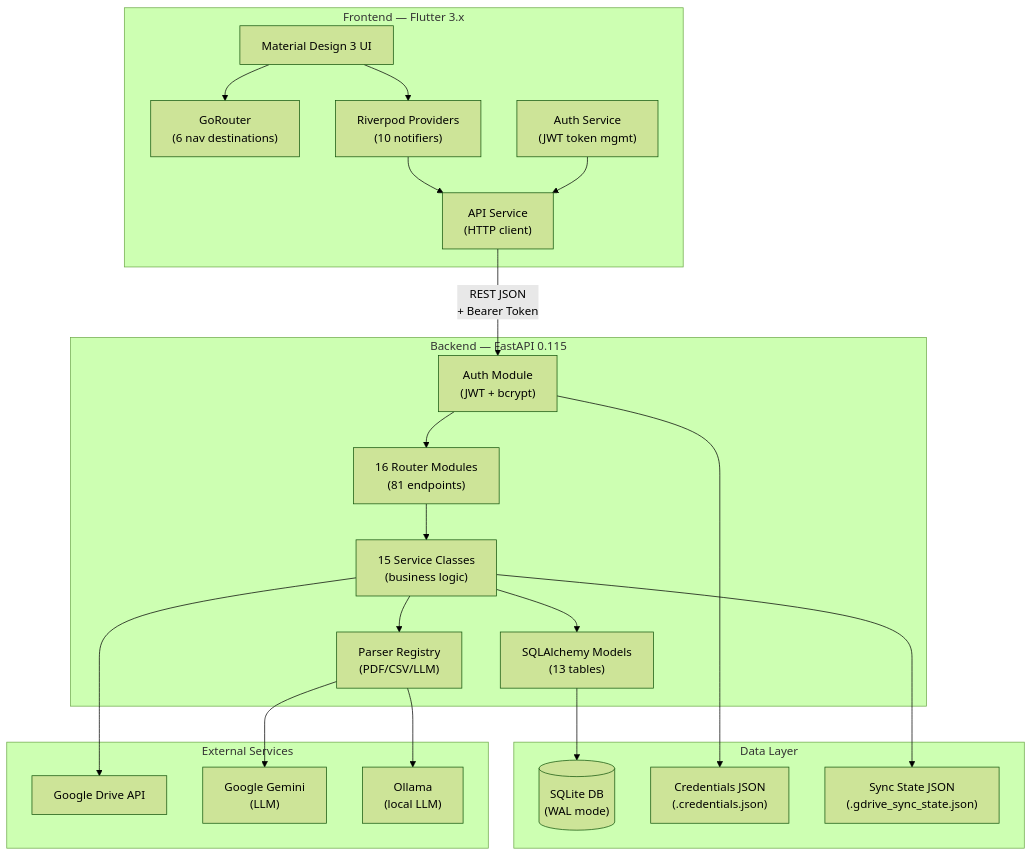
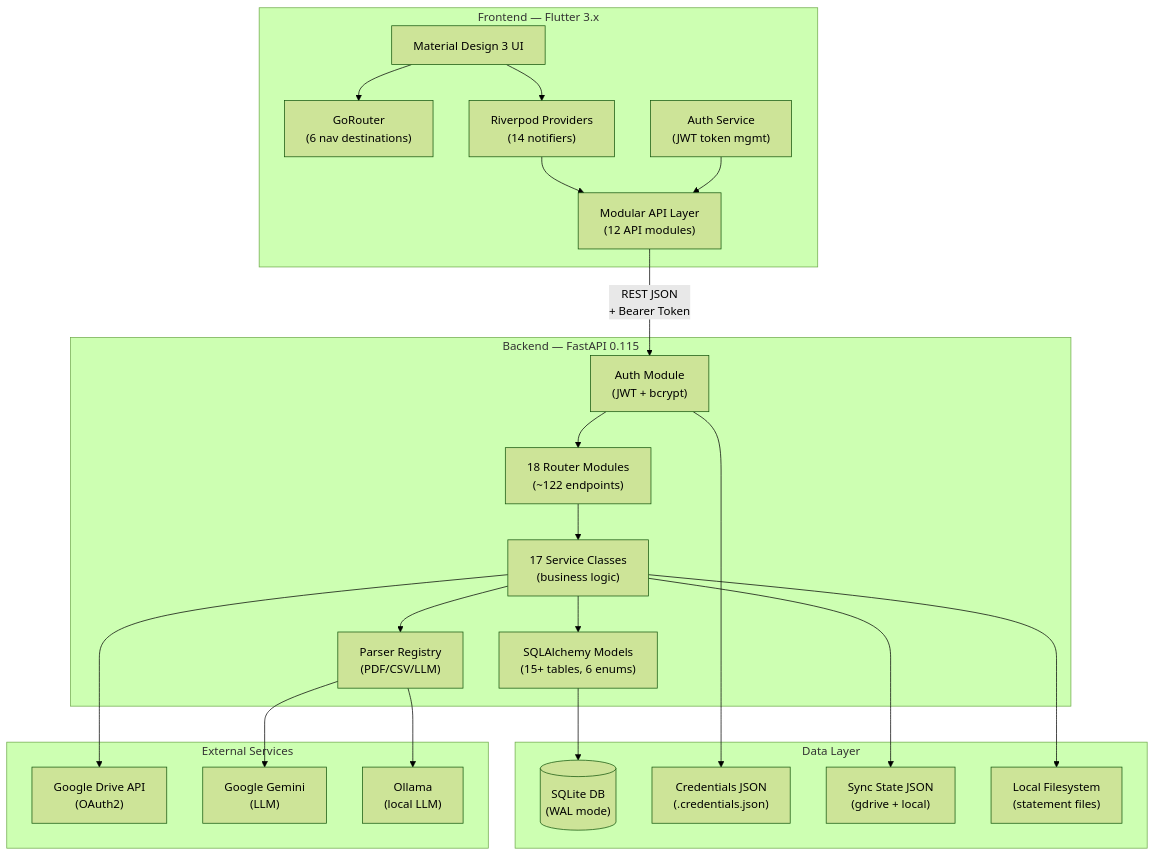
The first of 11 diagrams in docs/ARCHITECTURE.md (ghiridhars/finance-tracker-personal), drawn with Mermaid (forest theme) before and after one commit. The commit also changed other lines of this file and 7 other files, not shown here.

Commit message:
feat: implement OAuth2-based Google Drive sync, local filesystem sync, and a comprehensive database administration panel

````diff
--- a/docs/ARCHITECTURE.md
+++ b/docs/ARCHITECTURE.md
@@ -9,48 +9,50 @@
 ```mermaid
 graph TB
     subgraph Client["Frontend — Flutter 3.x"]
         UI["Material Design 3 UI"]
         Router["GoRouter<br/>(6 nav destinations)"]
-        Providers["Riverpod Providers<br/>(10 notifiers)"]
+        Providers["Riverpod Providers<br/>(14 notifiers)"]
         AuthSvc["Auth Service<br/>(JWT token mgmt)"]
-        ApiSvc["API Service<br/>(HTTP client)"]
+        ApiSvc["Modular API Layer<br/>(12 API modules)"]
 
         UI --> Router
         UI --> Providers
         Providers --> ApiSvc
         AuthSvc --> ApiSvc
     end
 
     subgraph Server["Backend — FastAPI 0.115"]
         Auth["Auth Module<br/>(JWT + bcrypt)"]
-        Routers["16 Router Modules<br/>(81 endpoints)"]
-        Services["15 Service Classes<br/>(business logic)"]
+        Routers["18 Router Modules<br/>(~122 endpoints)"]
+        Services["17 Service Classes<br/>(business logic)"]
         Parsers["Parser Registry<br/>(PDF/CSV/LLM)"]
-        Models["SQLAlchemy Models<br/>(13 tables)"]
+        Models["SQLAlchemy Models<br/>(15+ tables, 6 enums)"]
 
         Auth --> Routers
         Routers --> Services
         Services --> Models
         Services --> Parsers
     end
 
     subgraph Storage["Data Layer"]
         SQLite[("SQLite DB<br/>(WAL mode)")]
         CredFile["Credentials JSON<br/>(.credentials.json)"]
-        SyncState["Sync State JSON<br/>(.gdrive_sync_state.json)"]
+        SyncState["Sync State JSON<br/>(gdrive + local)"]
+        LocalFS["Local Filesystem<br/>(statement files)"]
     end
 
     subgraph External["External Services"]
-        GDrive["Google Drive API"]
+        GDrive["Google Drive API<br/>(OAuth2)"]
         Gemini["Google Gemini<br/>(LLM)"]
         Ollama["Ollama<br/>(local LLM)"]
     end
 
     ApiSvc -- "REST JSON<br/>+ Bearer Token" --> Auth
     Models --> SQLite
     Auth --> CredFile
     Services --> SyncState
     Services --> GDrive
+    Services --> LocalFS
     Parsers --> Gemini
     Parsers --> Ollama
 ```
````
